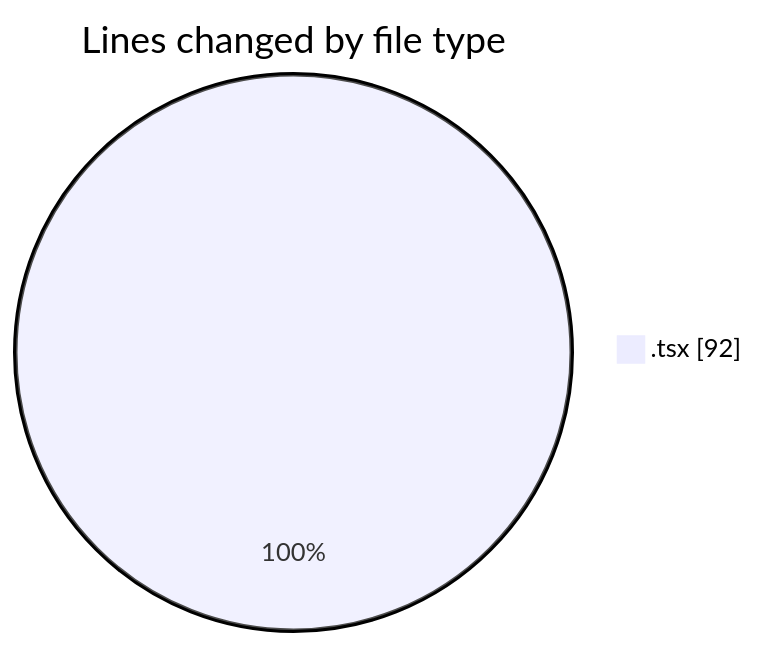
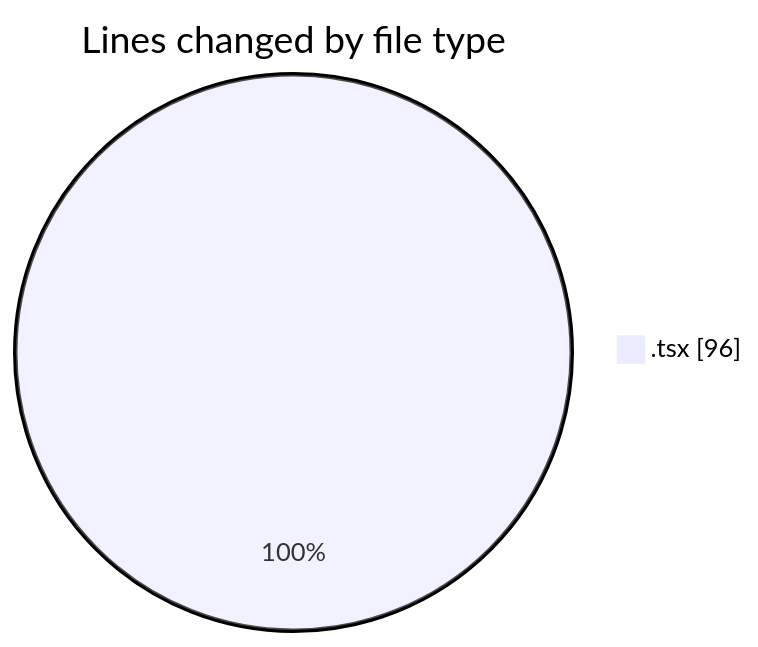
Before and after one commit to momahboobian/code-tracking: the first of 2 diagrams in 2025-03-19/cda/README.md, drawn with Mermaid. The commit also changed other lines of this file and 1 other file, not shown here.

````diff
--- a/2025-03-19/cda/README.md
+++ b/2025-03-19/cda/README.md
@@ -22,5 +22,5 @@
 ```mermaid
 pie showData
 title Lines changed by file type
-".tsx" : 92
+".tsx" : 96
 ```
````
